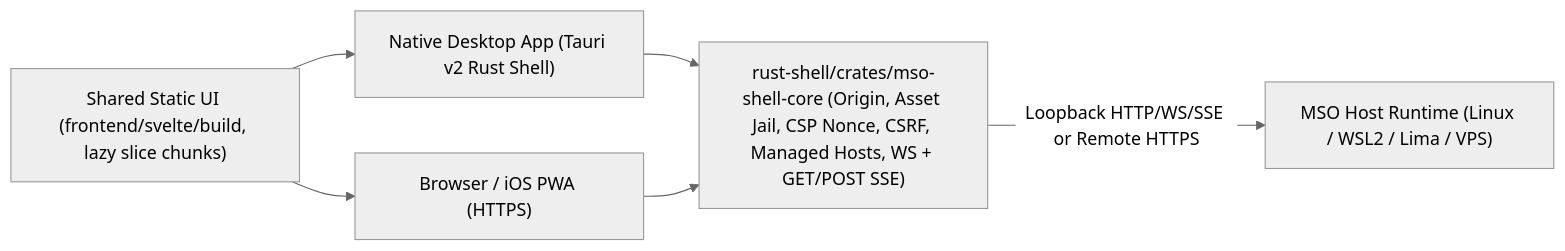
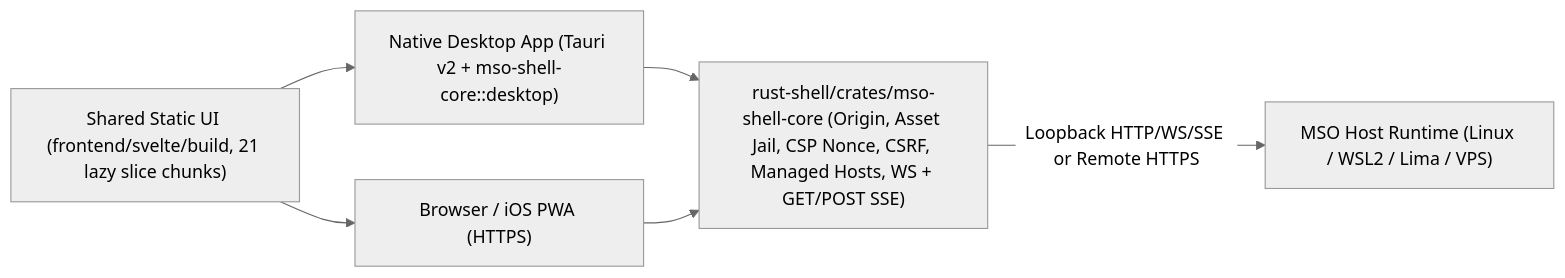
Before and after one commit to rahmanef63/mso: the diagram in docs/RUST-SHELL-PLAN.md, drawn with Mermaid (neutral theme). The commit also changed other lines of this file and 31 other files, not shown here.

Commit message:
feat(hybrid): land Increment 4C slices, 8/10 AppShell features, and Rust Stage R3D + desktop contract

````diff
--- a/docs/RUST-SHELL-PLAN.md
+++ b/docs/RUST-SHELL-PLAN.md
@@ -66,14 +60,14 @@
 ```mermaid
 flowchart LR
-  UI["Shared Static UI (frontend/svelte/build, lazy slice chunks)"]
+  UI["Shared Static UI (frontend/svelte/build, 21 lazy slice chunks)"]
   Web["Browser / iOS PWA (HTTPS)"]
-  Desktop["Native Desktop App (Tauri v2 Rust Shell)"]
+  Desktop["Native Desktop App (Tauri v2 + mso-shell-core::desktop)"]
   Core["rust-shell/crates/mso-shell-core (Origin, Asset Jail, CSP Nonce, CSRF, Managed Hosts, WS + GET/POST SSE)"]
   Host["MSO Host Runtime (Linux / WSL2 / Lima / VPS)"]
 
   UI --> Web
   UI --> Desktop
   Desktop --> Core
   Web --> Core
   Core -->|"Loopback HTTP/WS/SSE or Remote HTTPS"| Host
 ```
````
